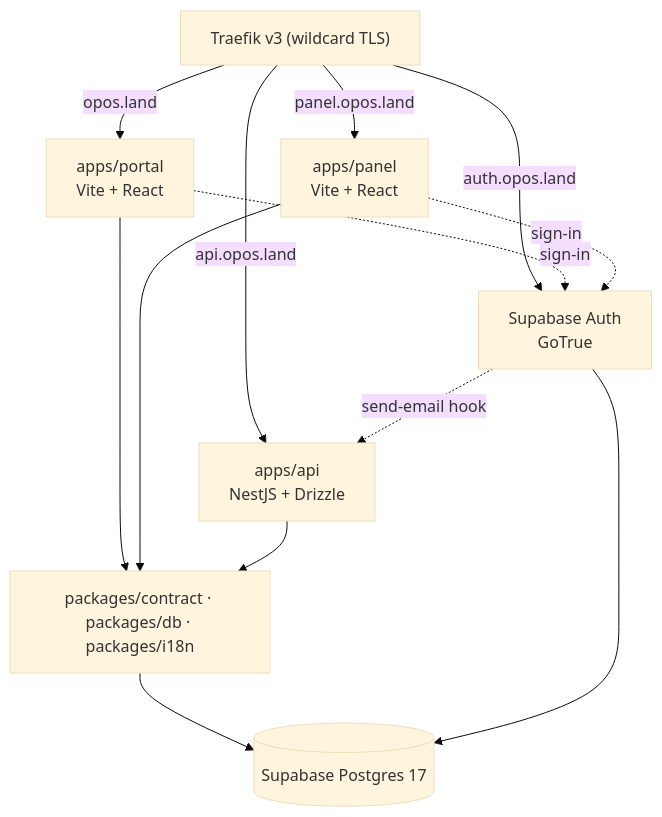
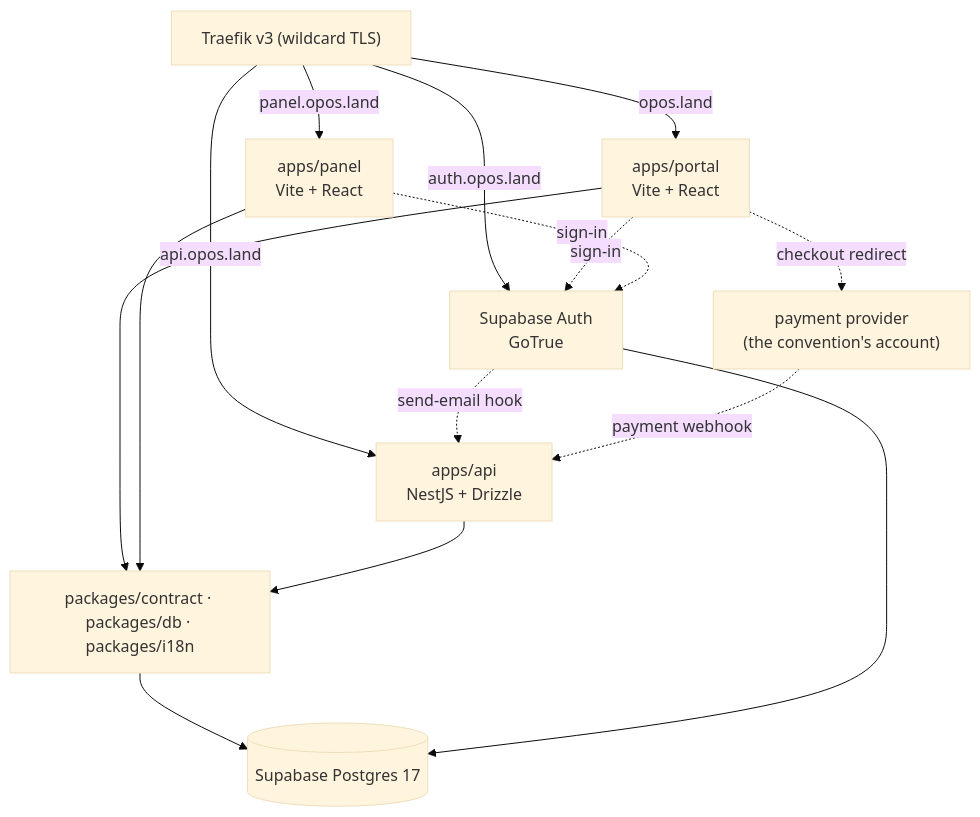
The diagram in docs/PLAN.md (opos-land/opos), drawn with Mermaid (base theme) before and after one commit. The commit also changed other lines of this file and 2 other files, not shown here.

First line of the commit message:
docs: add tickets, checkout without account and scanner to mvp

````diff
--- a/docs/PLAN.md
+++ b/docs/PLAN.md
@@ -33,23 +33,26 @@
 ```mermaid
 graph TB
     traefik["Traefik v3 (wildcard TLS)"]
     portal["apps/portal<br>Vite + React"]
     panel["apps/panel<br>Vite + React"]
     api["apps/api<br>NestJS + Drizzle"]
     auth["Supabase Auth<br>GoTrue"]
     packages["packages/contract · packages/db · packages/i18n"]
     pg[("Supabase Postgres 17")]
+    pay["payment provider<br>(the convention's account)"]
 
     traefik -->|"opos.land"| portal
     traefik -->|"panel.opos.land"| panel
     traefik -->|"api.opos.land"| api
     traefik -->|"auth.opos.land"| auth
     portal -.->|"sign-in"| auth
     panel -.->|"sign-in"| auth
     auth -.->|"send-email hook"| api
+    portal -.->|"checkout redirect"| pay
+    pay -.->|"payment webhook"| api
     portal --> packages
     panel --> packages
     api --> packages
     packages --> pg
     auth --> pg
 ```
````
